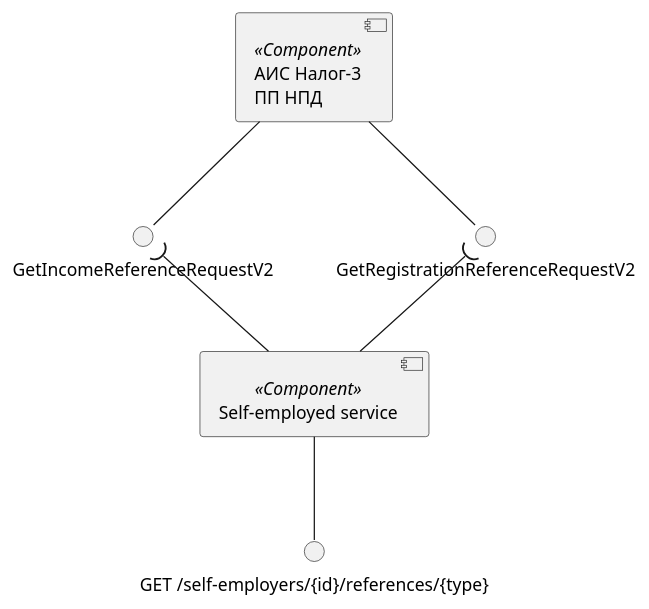
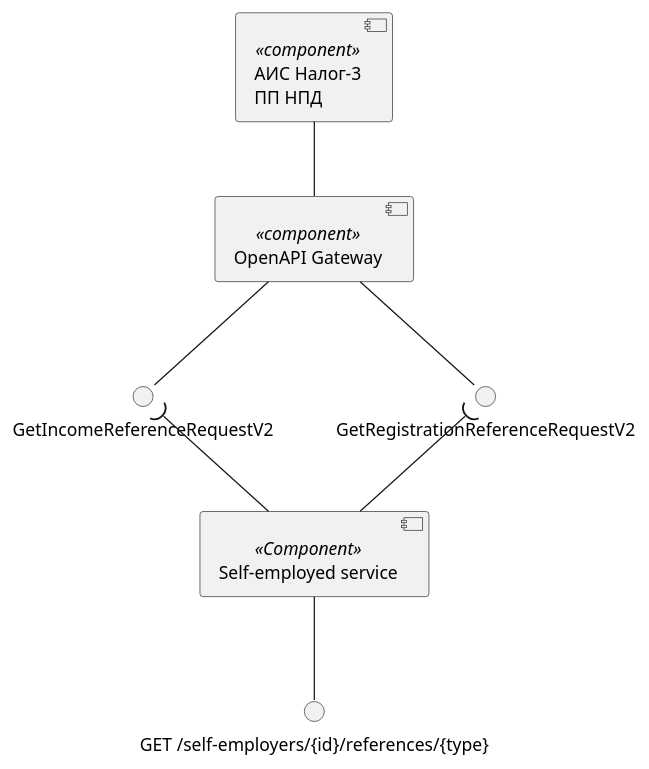
One commit to RaikBitters/ibank-internal-services changed the fourth of 6 diagrams in diagrams/self-employed-service/components.puml. Above: the diagram before and after it, drawn with PlantUML. The commit also changed other lines of this file and 6 other files, not shown here.

Commit message:
Updated self-empl components diagram.

```diff
--- a/diagrams/self-employed-service/components.puml
+++ b/diagrams/self-employed-service/components.puml
@@ -148,18 +154,20 @@
 @startuml references-components
 
-component "АИС Налог-3\nПП НПД" as Tax3 <<Component>>
+component "АИС Налог-3\nПП НПД" as Tax3 <<component>>
+component "OpenAPI Gateway" as OpenAPI <<component>>
 interface "GetRegistrationReferenceRequestV2" as GetRegistrationReference
 interface "GetIncomeReferenceRequestV2" as GetIncomeReference
 
-Tax3 --() GetRegistrationReference
-Tax3 --() GetIncomeReference
+Tax3 -- OpenAPI
+OpenAPI --() GetRegistrationReference
+OpenAPI --() GetIncomeReference
 
 component "Self-employed service" as SelfEmplService <<Component>>
 interface "GET /self-employers/{id}/references/{type}" as getReference
 
 SelfEmplService --() getReference
 
 SelfEmplService -up-( GetRegistrationReference
 SelfEmplService -up-( GetIncomeReference
 
 @enduml
```
